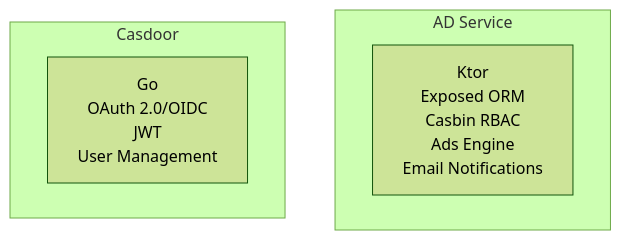
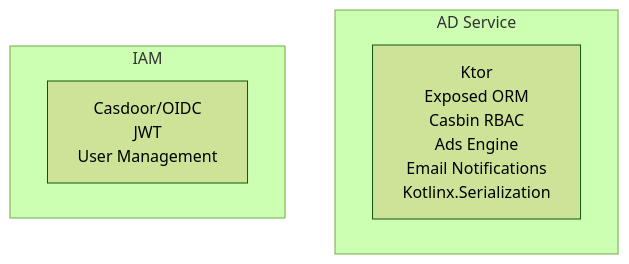
Before and after one commit to otuskotlin/202602-ok-marketplace: the fourth of 10 diagrams in docs/architecture/tech-stack.md, drawn with Mermaid (forest theme). The commit also changed other lines of this file and 4 other files, not shown here.

````diff
--- a/docs/architecture/tech-stack.md
+++ b/docs/architecture/tech-stack.md
@@ -88,10 +93,10 @@
 ```mermaid
 graph TB
     subgraph "AD Service"
-        MS["Ktor<br/>Exposed ORM<br/>Casbin RBAC<br/>Ads Engine<br/>Email Notifications"]
+        MS["Ktor<br/>Exposed ORM<br/>Casbin RBAC<br/>Ads Engine<br/>Email Notifications<br/>Kotlinx.Serialization"]
     end
     
-    subgraph "Casdoor"
-        CD["Go<br/>OAuth 2.0/OIDC<br/>JWT<br/>User Management"]
+    subgraph "IAM"
+        CD["Casdoor/OIDC<br/>JWT<br/>User Management"]
     end
 ```
````
